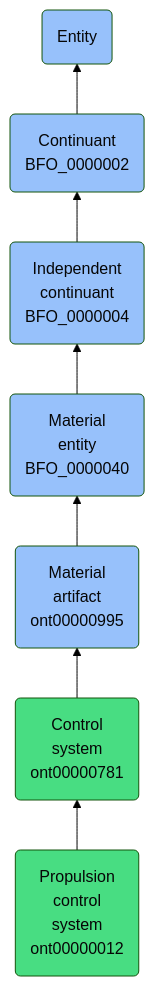
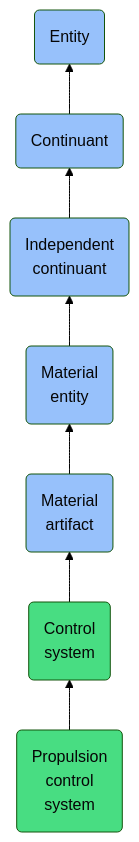
One commit to jupyter-naas/abi changed the diagram in docs/ontology/reference/model/Entity/Continuant/Independent continuant/Material entity/Material artifact/Control system/Propulsion control system/Propulsion control system.md. Above: the diagram before and after it, drawn with Mermaid (forest theme). The commit also changed other lines of this file and 1430 other files, not shown here.

````diff
--- a/docs/ontology/reference/model/Entity/Continuant/Independent continuant/Material entity/Material artifact/Control system/Propulsion control system/Propulsion control system.md
+++ b/docs/ontology/reference/model/Entity/Continuant/Independent continuant/Material entity/Material artifact/Control system/Propulsion control system/Propulsion control system.md
@@ -24,14 +24,14 @@
 ```mermaid
 graph BT
-    ont00000012(Propulsion<br>control<br>system<br>ont00000012):::ABI-->ont00000781
-    ont00000781(Control<br>system<br>ont00000781):::ABI-->ont00000995
-    ont00000995(Material<br>artifact<br>ont00000995):::BFO-->BFO_0000040
-    BFO_0000040(Material<br>entity<br>BFO_0000040):::BFO-->BFO_0000004
-    BFO_0000004(Independent<br>continuant<br>BFO_0000004):::BFO-->BFO_0000002
-    BFO_0000002(Continuant<br>BFO_0000002):::BFO-->BFO_0000001
+    ont00000012(Propulsion<br>control<br>system):::ABI-->ont00000781
+    ont00000781(Control<br>system):::ABI-->ont00000995
+    ont00000995(Material<br>artifact):::BFO-->BFO_0000040
+    BFO_0000040(Material<br>entity):::BFO-->BFO_0000004
+    BFO_0000004(Independent<br>continuant):::BFO-->BFO_0000002
+    BFO_0000002(Continuant):::BFO-->BFO_0000001
     BFO_0000001(Entity):::BFO
     
     classDef BFO fill:#97c1fb,color:#060606
     classDef CCO fill:#e4c51e,color:#060606
     classDef ABI fill:#48DD82,color:#060606
 ```
````
